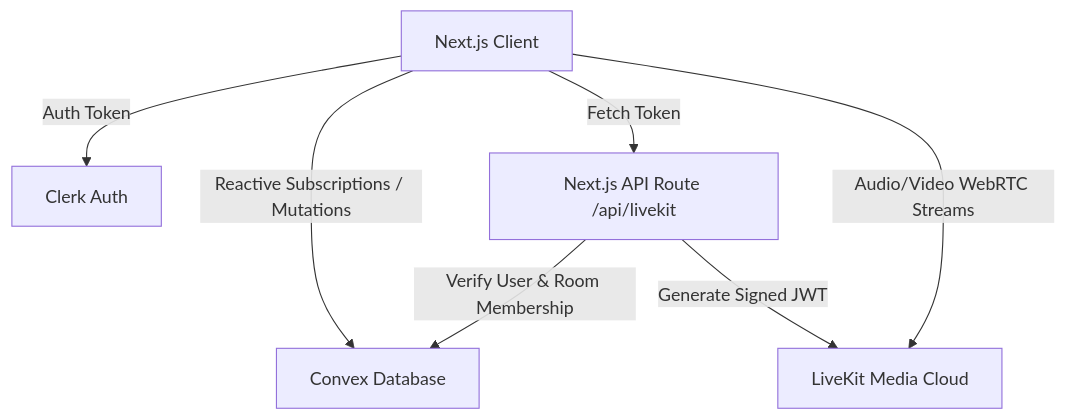
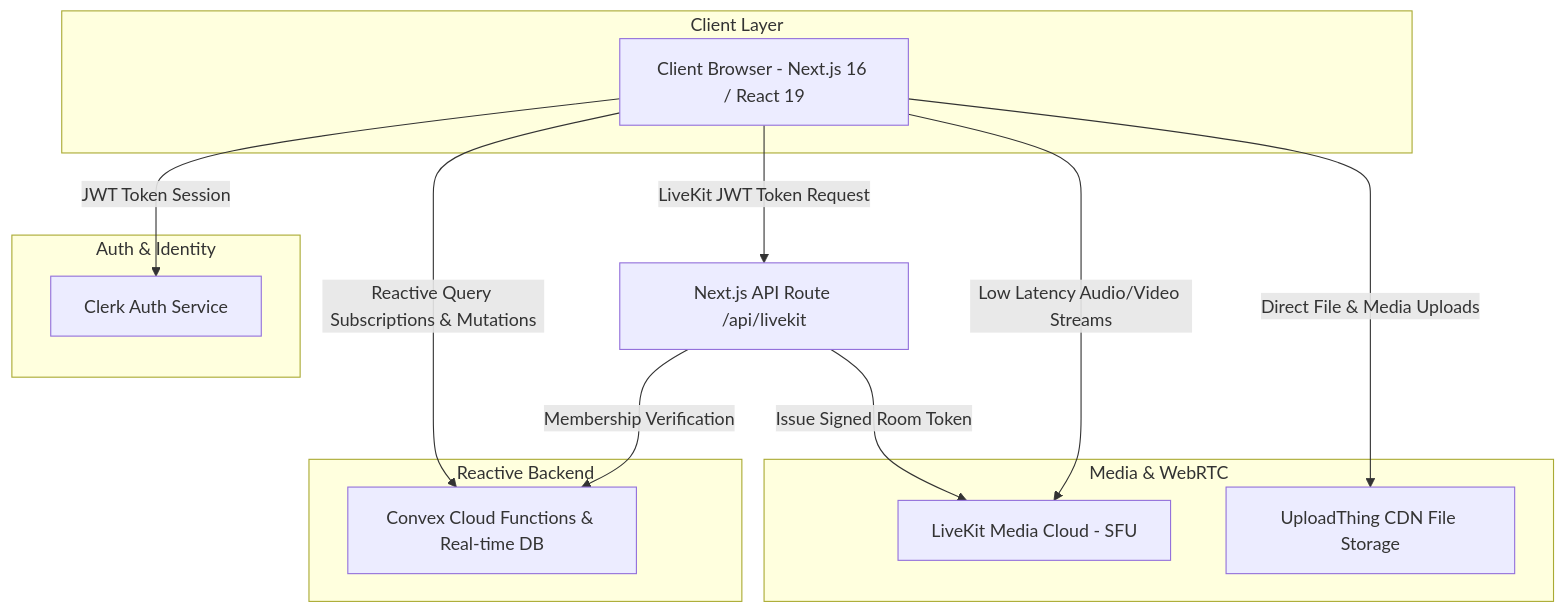
Before and after one commit to PrithviKiran791/Real_time_chat_app: the first of 2 diagrams in README.md, drawn with Mermaid. The commit also changed other lines of this file and 70 other files, not shown here.

````diff
--- a/README.md
+++ b/README.md
@@ -33,9 +34,27 @@
 ```mermaid
 graph TD
-    Client[Next.js Client] -->|Auth Token| Clerk[Clerk Auth]
-    Client -->|Reactive Subscriptions / Mutations| Convex[Convex Database]
-    Client -->|Fetch Token| NextAPI[Next.js API Route /api/livekit]
-    NextAPI -->|Verify User & Room Membership| Convex
-    NextAPI -->|Generate Signed JWT| LiveKit[LiveKit Media Cloud]
-    Client -->|Audio/Video WebRTC Streams| LiveKit
+    subgraph Client Layer
+        Browser[Client Browser - Next.js 16 / React 19]
+    end
+
+    subgraph Auth & Identity
+        Clerk[Clerk Auth Service]
+    end
+
+    subgraph Reactive Backend
+        Convex[Convex Cloud Functions & Real-time DB]
+    end
+
+    subgraph Media & WebRTC
+        LiveKit[LiveKit Media Cloud - SFU]
+        UploadThing[UploadThing CDN File Storage]
+    end
+
+    Browser -->|JWT Token Session| Clerk
+    Browser -->|Reactive Query Subscriptions & Mutations| Convex
+    Browser -->|LiveKit JWT Token Request| NextAPI[Next.js API Route /api/livekit]
+    NextAPI -->|Membership Verification| Convex
+    NextAPI -->|Issue Signed Room Token| LiveKit
+    Browser -->|Low Latency Audio/Video Streams| LiveKit
+    Browser -->|Direct File & Media Uploads| UploadThing
 ```
````
